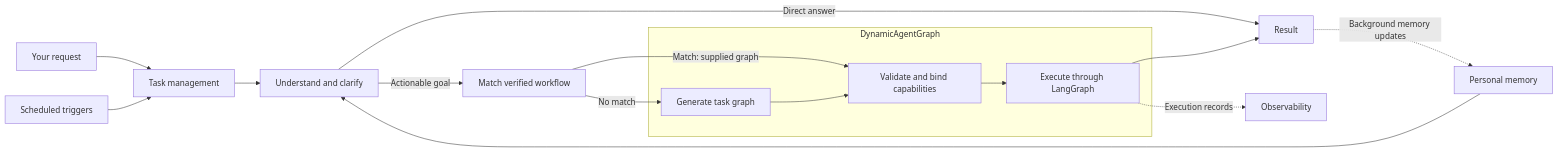
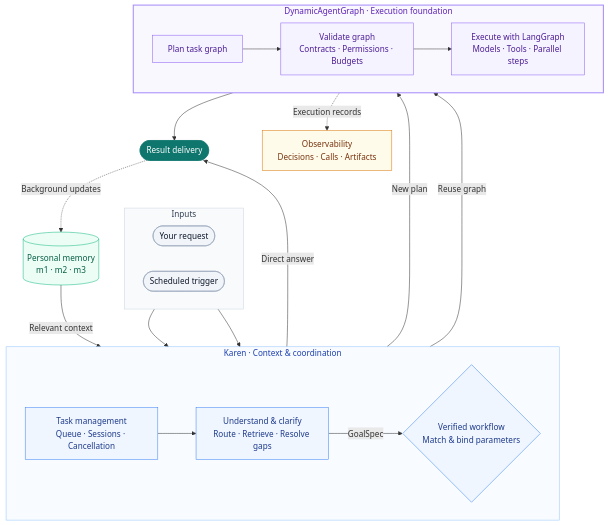
One commit to DavidLiuXh/Karen changed the diagram in README.md. Above: the diagram before and after it, drawn with Mermaid. The commit also changed other lines of this file and 1 other file, not shown here.

Commit message:
docs: improve bilingual README architecture diagrams

````diff
--- a/README.md
+++ b/README.md
@@ -49,18 +49,47 @@
 ```mermaid
-flowchart LR
-    U[Your request] --> T[Task management]
-    S[Scheduled triggers] --> T
-    T --> I[Understand and clarify]
-    M[Personal memory] --> I
-    I -->|Direct answer| R[Result]
-    I -->|Actionable goal| W[Match verified workflow]
-    W -->|Match: supplied graph| V
-    W -->|No match| P
-    subgraph DAG[DynamicAgentGraph]
-        P[Generate task graph] --> V[Validate and bind capabilities]
-        V --> E[Execute through LangGraph]
+flowchart TB
+    subgraph ENTRY["Inputs"]
+        direction LR
+        U(["Your request"])
+        S(["Scheduled trigger"])
     end
+
+    subgraph KAREN["Karen · Context & coordination"]
+        direction LR
+        T["Task management<br/>Queue · Sessions · Cancellation"] --> I["Understand & clarify<br/>Route · Retrieve · Resolve gaps"]
+        I -->|GoalSpec| W{"Verified workflow<br/>Match & bind parameters"}
+    end
+
+    subgraph DAG["DynamicAgentGraph · Execution foundation"]
+        direction LR
+        P["Plan task graph"] --> V["Validate graph<br/>Contracts · Permissions · Budgets"]
+        V --> E["Execute with LangGraph<br/>Models · Tools · Parallel steps"]
+    end
+
+    U --> T
+    S --> T
+    M[("Personal memory<br/>m1 · m2 · m3")] -->|Relevant context| I
+    I -->|Direct answer| R(["Result delivery"])
+    W -->|New plan| P
+    W -->|Reuse graph| V
     E --> R
-    R -. Background memory updates .-> M
-    E -. Execution records .-> O[Observability]
+    R -. Background updates .-> M
+    E -. Execution records .-> O["Observability<br/>Decisions · Calls · Artifacts"]
+
+    classDef input fill:#F1F5F9,stroke:#94A3B8,color:#0F172A
+    classDef core fill:#EFF6FF,stroke:#3B82F6,color:#1E3A8A
+    classDef engine fill:#F5F3FF,stroke:#8B5CF6,color:#4C1D95
+    classDef memory fill:#ECFDF5,stroke:#10B981,color:#065F46
+    classDef result fill:#0F766E,stroke:#0F766E,color:#FFFFFF
+    classDef observe fill:#FFFBEB,stroke:#D97706,color:#78350F
+    class U input
+    class T,I,W core
+    class P,V,E engine
+    class M memory
+    class R result
+    class O observe
+    style ENTRY fill:#F8FAFC,stroke:#CBD5E1,color:#334155
+    style KAREN fill:#F8FBFF,stroke:#93C5FD,color:#1E40AF
+    style DAG fill:#FAF8FF,stroke:#A78BFA,stroke-width:2px,color:#5B21B6
+    class S input
 ```
````
